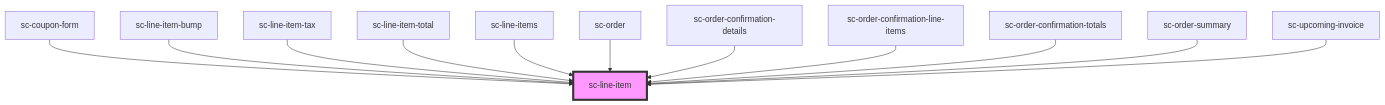
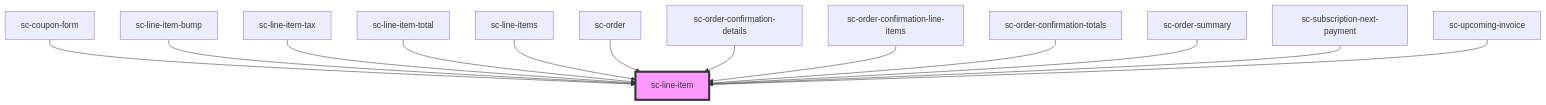
Before and after one commit to surecart/surecart-wp-plugin: the diagram in packages/components/src/components/ui/line-item/readme.md, drawn with Mermaid. The commit also changed other lines of this file and 44 other files, not shown here.

````diff
--- a/packages/components/src/components/ui/line-item/readme.md
+++ b/packages/components/src/components/ui/line-item/readme.md
@@ -60,15 +61,16 @@
 ```mermaid
 graph TD;
   sc-coupon-form --> sc-line-item
   sc-line-item-bump --> sc-line-item
   sc-line-item-tax --> sc-line-item
   sc-line-item-total --> sc-line-item
   sc-line-items --> sc-line-item
   sc-order --> sc-line-item
   sc-order-confirmation-details --> sc-line-item
   sc-order-confirmation-line-items --> sc-line-item
   sc-order-confirmation-totals --> sc-line-item
   sc-order-summary --> sc-line-item
+  sc-subscription-next-payment --> sc-line-item
   sc-upcoming-invoice --> sc-line-item
   style sc-line-item fill:#f9f,stroke:#333,stroke-width:4px
 ```
````
